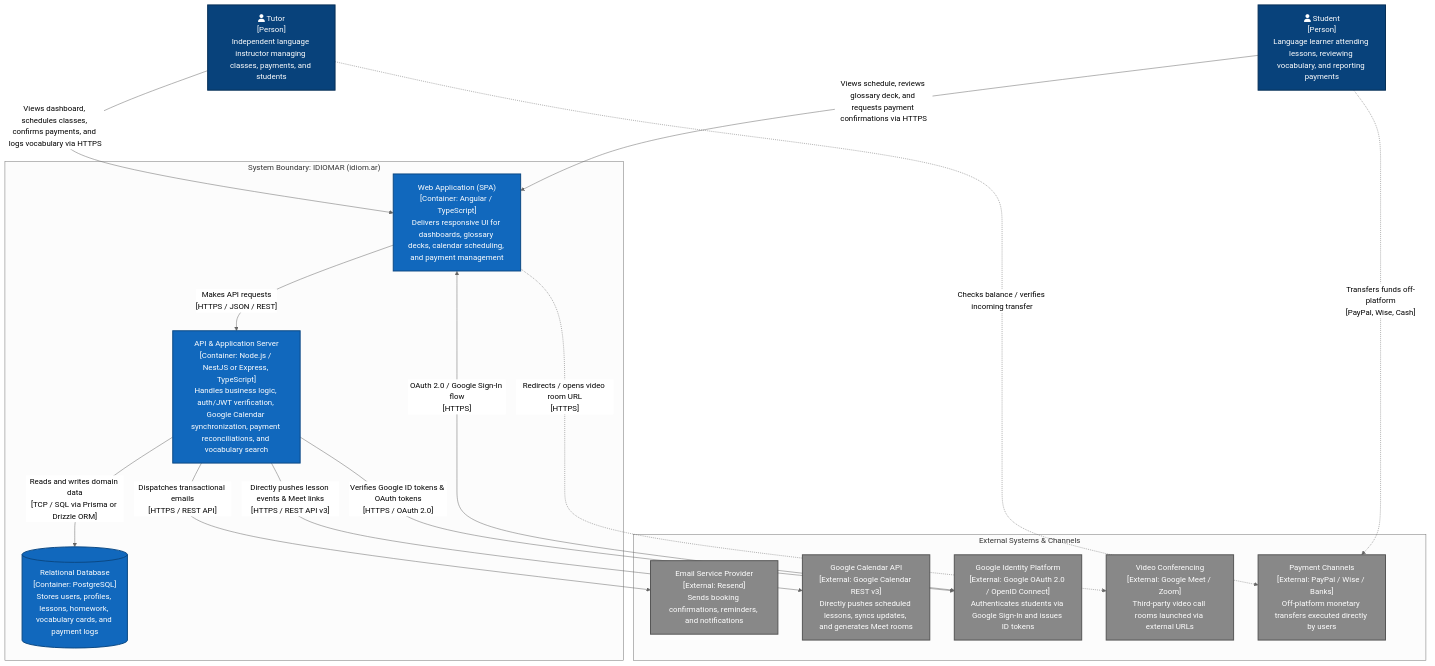
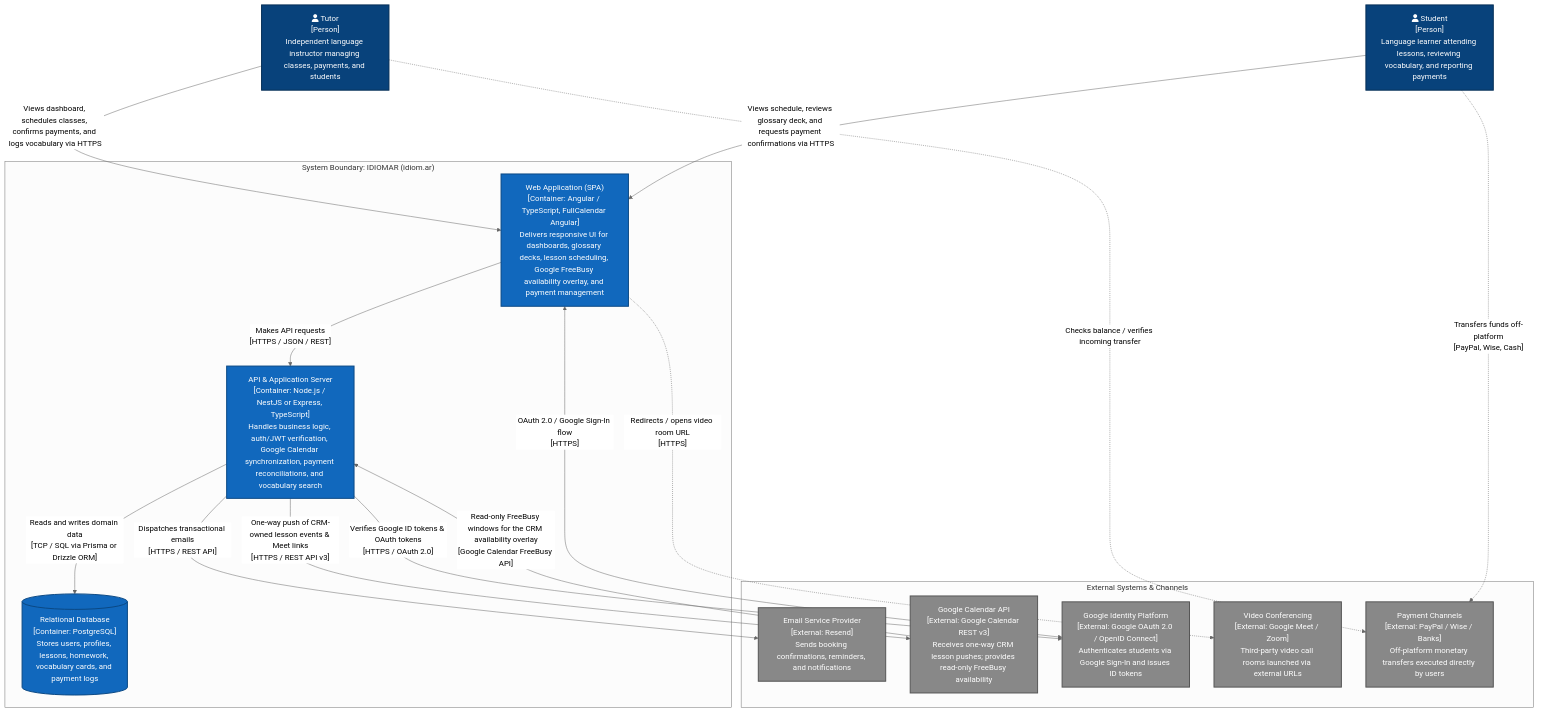
The diagram in docs/diagrams/02-c4-level2-containers.mmd (DmytroCherednichenko/idiomar-crm), drawn with Mermaid (neutral theme) before and after one commit. The commit also changed 1 other file, not shown here.

Commit message:
Reflect the decision on calendar package in Techstack docs

```diff
--- a/docs/diagrams/02-c4-level2-containers.mmd
+++ b/docs/diagrams/02-c4-level2-containers.mmd
@@ -1,50 +1,51 @@
 flowchart TD
     %% Styling definitions
     classDef person fill:#08427b,stroke:#052e56,color:#ffffff,stroke-width:2px;
     classDef container fill:#1168bd,stroke:#0b4884,color:#ffffff,stroke-width:2px;
     classDef database fill:#1168bd,stroke:#0b4884,color:#ffffff,stroke-width:2px;
     classDef external fill:#888888,stroke:#555555,color:#ffffff,stroke-width:2px;
     classDef boundary fill:#f9f9f9,stroke:#999999,stroke-width:2px,stroke-dasharray: 5 5;
 
     %% Actors
     Tutor["fa:fa-user Tutor\n[Person]\nIndependent language instructor managing classes, payments, and students"]:::person
     Student["fa:fa-user Student\n[Person]\nLanguage learner attending lessons, reviewing vocabulary, and reporting payments"]:::person
 
     %% External Systems Out of Scope / Third-party
     subgraph ExternalServices["External Systems & Channels"]
         GoogleAuth["Google Identity Platform\n[External: Google OAuth 2.0 / OpenID Connect]\nAuthenticates students via Google Sign-In and issues ID tokens"]:::external
-        GoogleCalendar["Google Calendar API\n[External: Google Calendar REST v3]\nDirectly pushes scheduled lessons, syncs updates, and generates Meet rooms"]:::external
+        GoogleCalendar["Google Calendar API\n[External: Google Calendar REST v3]\nReceives one-way CRM lesson pushes; provides read-only FreeBusy availability"]:::external
         EmailService["Email Service Provider\n[External: Resend]\nSends booking confirmations, reminders, and notifications"]:::external
         MeetingPlatform["Video Conferencing\n[External: Google Meet / Zoom]\nThird-party video call rooms launched via external URLs"]:::external
         PaymentChannels["Payment Channels\n[External: PayPal / Wise / Banks]\nOff-platform monetary transfers executed directly by users"]:::external
     end
 
     %% Main System Boundary
     subgraph IDIOMARSystem["System Boundary: IDIOMAR (idiom.ar)"]
-        WebApp["Web Application (SPA)\n[Container: Angular / TypeScript]\nDelivers responsive UI for dashboards, glossary decks, calendar scheduling, and payment management"]:::container
+        WebApp["Web Application (SPA)\n[Container: Angular / TypeScript, FullCalendar Angular]\nDelivers responsive UI for dashboards, glossary decks, lesson scheduling, Google FreeBusy availability overlay, and payment management"]:::container
 
         ApiServer["API & Application Server\n[Container: Node.js / NestJS or Express, TypeScript]\nHandles business logic, auth/JWT verification, Google Calendar synchronization, payment reconciliations, and vocabulary search"]:::container
 
         Database[("Relational Database\n[Container: PostgreSQL]\nStores users, profiles, lessons, homework, vocabulary cards, and payment logs")]:::database
     end
 
     %% User Interactions
     Tutor -->|"Views dashboard, schedules classes, confirms payments, and logs vocabulary via HTTPS"| WebApp
     Student -->|"Views schedule, reviews glossary deck, and requests payment confirmations via HTTPS"| WebApp
 
     %% Frontend to Backend
     WebApp -->|"Makes API requests\n[HTTPS / JSON / REST]"| ApiServer
 
     %% Backend to Database
     ApiServer -->|"Reads and writes domain data\n[TCP / SQL via Prisma or Drizzle ORM]"| Database
 
     %% Backend to External
     ApiServer -->|"Dispatches transactional emails\n[HTTPS / REST API]"| EmailService
-    ApiServer -->|"Directly pushes lesson events & Meet links\n[HTTPS / REST API v3]"| GoogleCalendar
+    ApiServer -->|"One-way push of CRM-owned lesson events & Meet links\n[HTTPS / REST API v3]"| GoogleCalendar
+    GoogleCalendar -->|"Read-only FreeBusy windows for the CRM availability overlay\n[Google Calendar FreeBusy API]"| ApiServer
     ApiServer -->|"Verifies Google ID tokens & OAuth tokens\n[HTTPS / OAuth 2.0]"| GoogleAuth
 
     %% External Redirects / Off-platform actions
     WebApp <-->|"OAuth 2.0 / Google Sign-In flow\n[HTTPS]"| GoogleAuth
     WebApp -.->|"Redirects / opens video room URL\n[HTTPS]"| MeetingPlatform
     Student -.->|"Transfers funds off-platform\n[PayPal, Wise, Cash]"| PaymentChannels
     Tutor -.->|"Checks balance / verifies incoming transfer"| PaymentChannels
```
